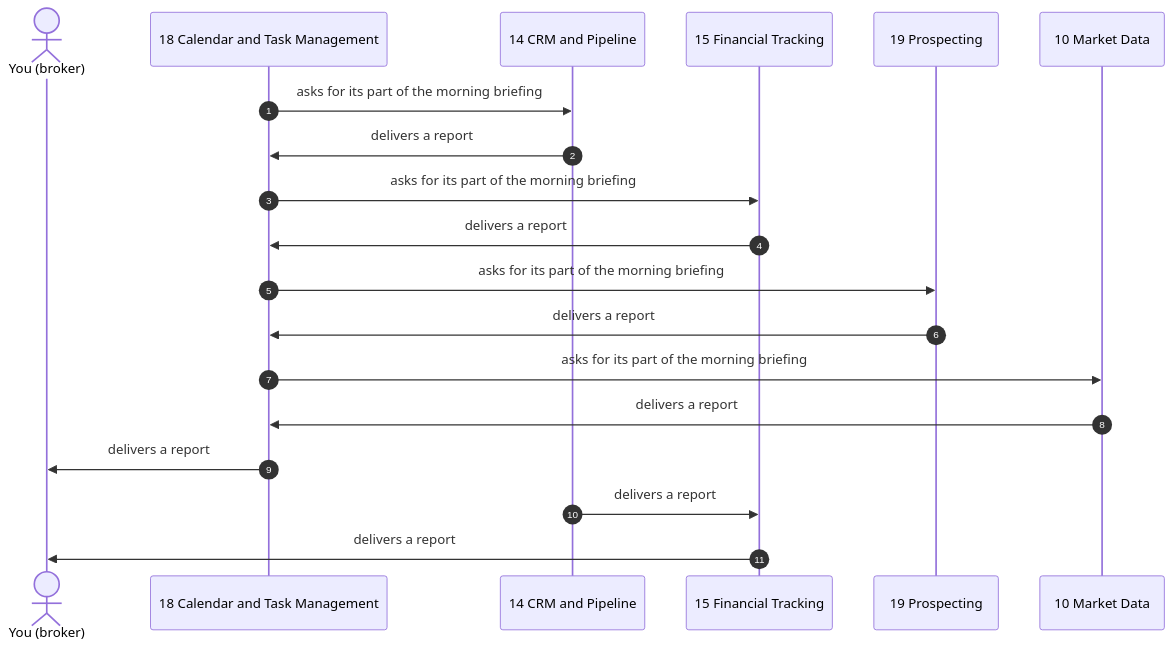
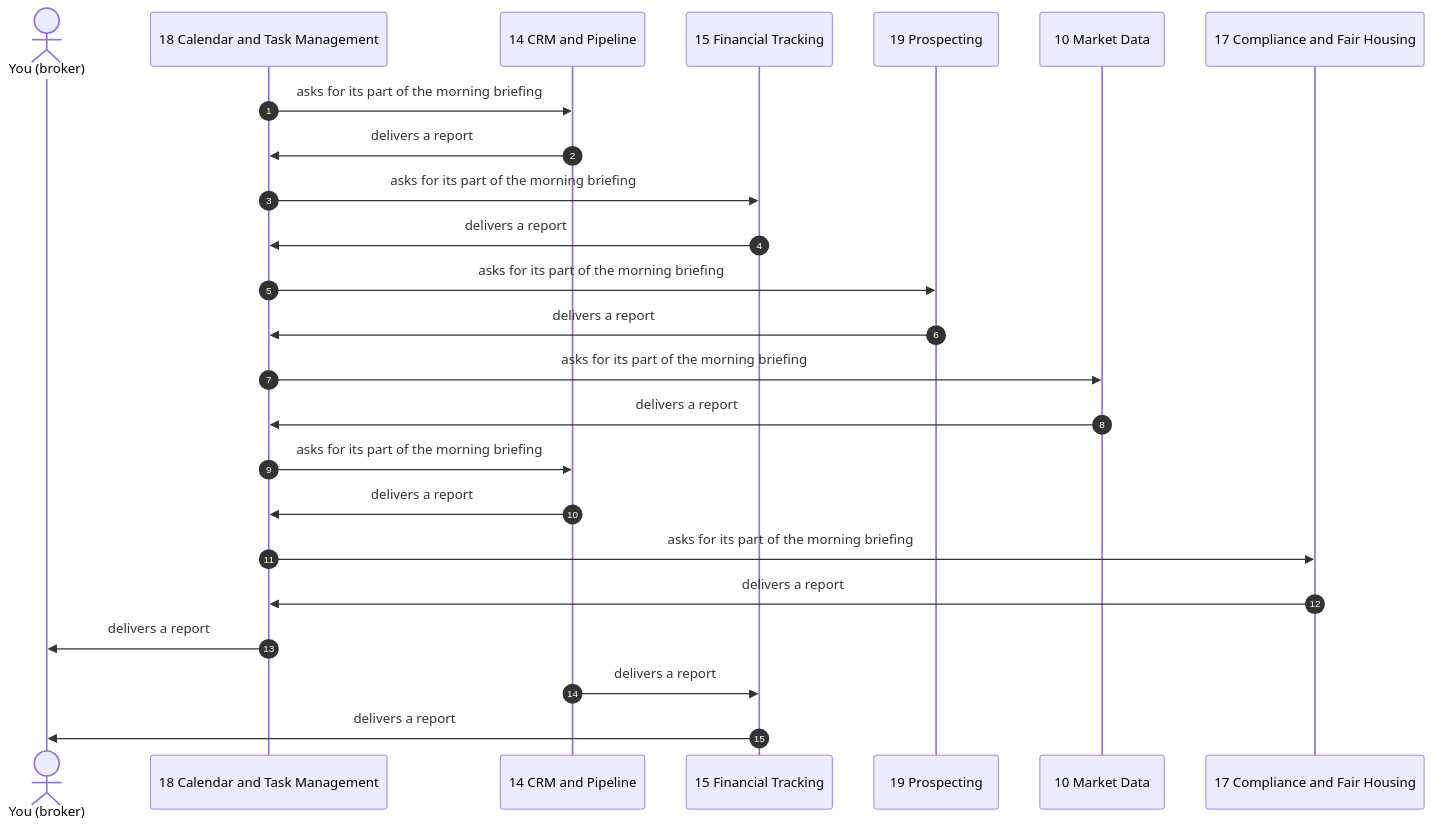
One commit to QuietFireAI/listing-assistants changed diagram 18 of 25 in docs/PLAY-BY-PLAY.md. Above: the diagram before and after it, drawn with Mermaid. The commit also changed other lines of this file and 110 other files, not shown here.

````diff
--- a/docs/PLAY-BY-PLAY.md
+++ b/docs/PLAY-BY-PLAY.md
@@ -928,21 +931,26 @@
 ```mermaid
 sequenceDiagram
     autonumber
     actor B as You (broker)
     participant A18 as 18 Calendar and Task Management
     participant A14 as 14 CRM and Pipeline
     participant A15 as 15 Financial Tracking
     participant A19 as 19 Prospecting
     participant A10 as 10 Market Data
+    participant A17 as 17 Compliance and Fair Housing
     A18->>A14: asks for its part of the morning briefing
     A14->>A18: delivers a report
     A18->>A15: asks for its part of the morning briefing
     A15->>A18: delivers a report
     A18->>A19: asks for its part of the morning briefing
     A19->>A18: delivers a report
     A18->>A10: asks for its part of the morning briefing
     A10->>A18: delivers a report
+    A18->>A14: asks for its part of the morning briefing
+    A14->>A18: delivers a report
+    A18->>A17: asks for its part of the morning briefing
+    A17->>A18: delivers a report
     A18->>B: delivers a report
     A14->>A15: delivers a report
     A15->>B: delivers a report
 ```
````
